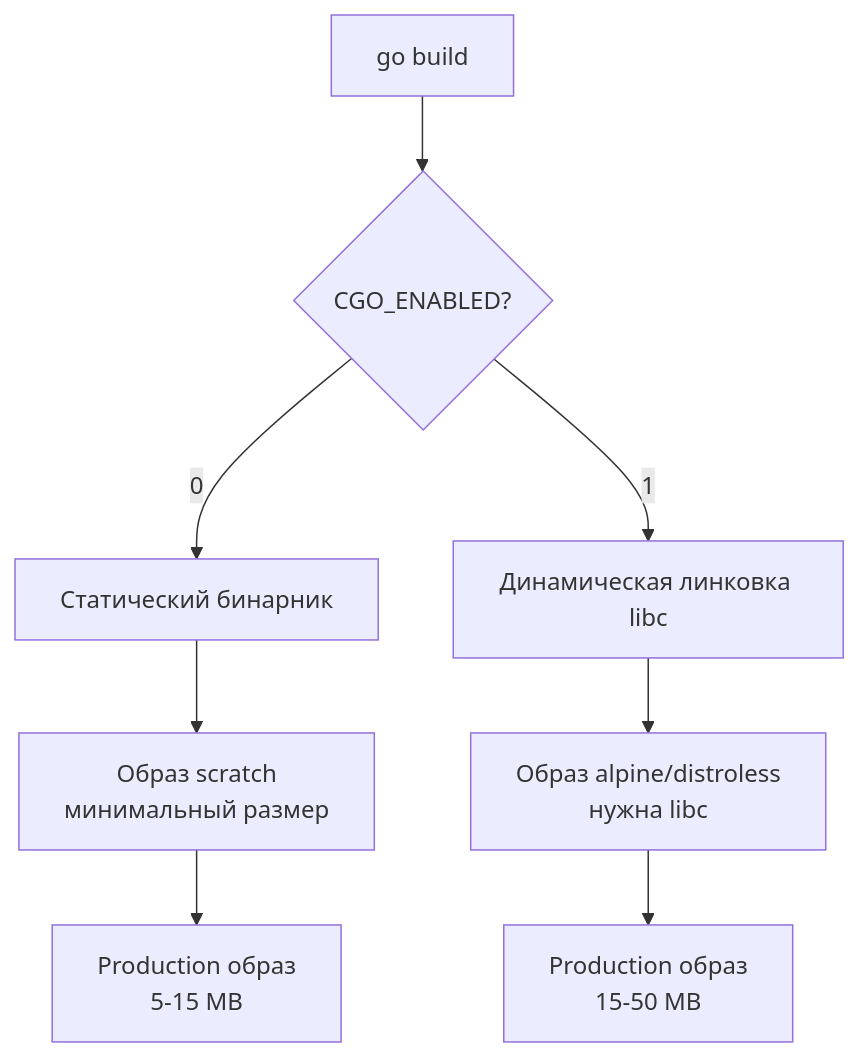
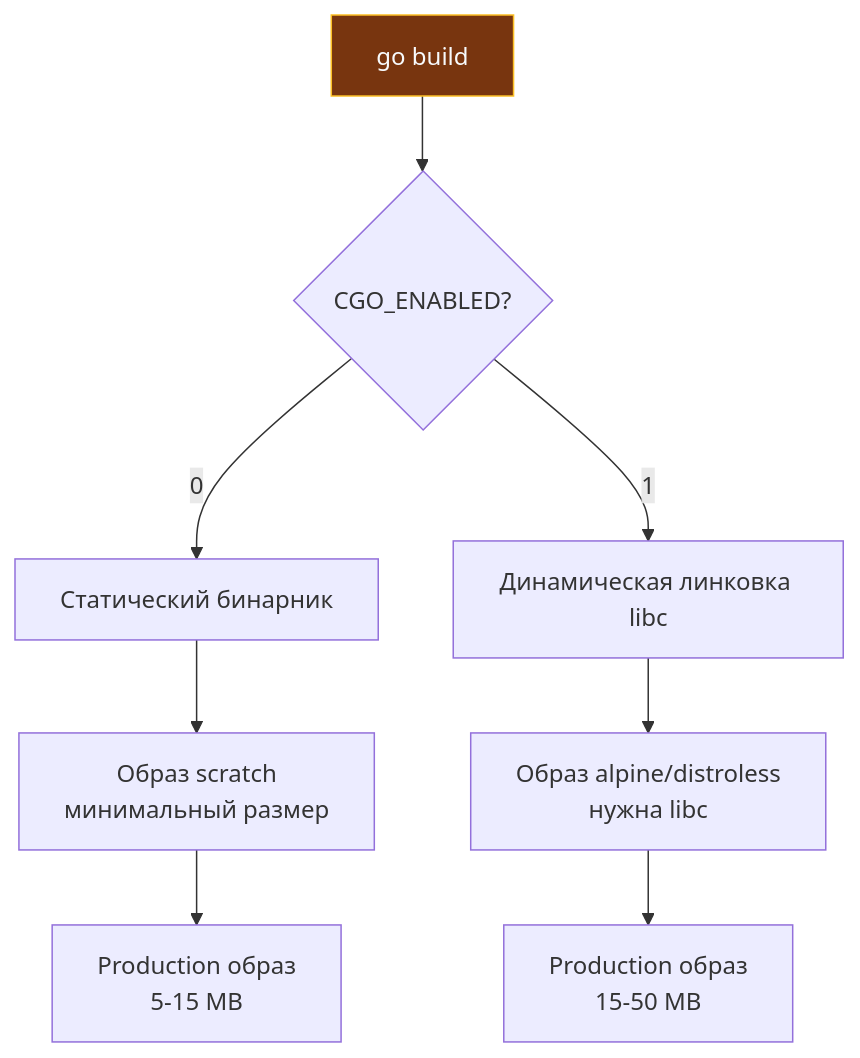
The diagram in sources/9. Бэкенд на Go (Практика разработки)/37. Dockerization сервиса.md (UnrealTemplier/go-textbook), drawn with Mermaid before and after one commit. The commit also changed 1666 other files, not shown here.

First line of the commit message:
feat(mermaid): add semantic color classDef to 1369 colorless flowchart/graph diagrams

````diff
--- a/sources/9. Бэкенд на Go (Практика разработки)/37. Dockerization сервиса.md
+++ b/sources/9. Бэкенд на Go (Практика разработки)/37. Dockerization сервиса.md
@@ -65,10 +65,20 @@
 ```mermaid
 flowchart TD
-    A["go build"] --> B{"CGO_ENABLED?"}
+    classDef process  fill:#1e293b,stroke:#38bdf8,stroke-width:1px,color:#f8fafc
+    classDef success  fill:#064e3b,stroke:#34d399,stroke-width:1px,color:#f8fafc
+    classDef error    fill:#7f1d1d,stroke:#f87171,stroke-width:1px,color:#f8fafc
+    classDef warning  fill:#78350f,stroke:#fbbf24,stroke-width:1px,color:#f8fafc
+    classDef entry    fill:#1e3a5f,stroke:#38bdf8,stroke-width:2px,color:#f8fafc
+    classDef aux      fill:#334155,stroke:#64748b,stroke-width:1px,color:#f8fafc
+    classDef system   fill:#312e81,stroke:#a78bfa,stroke-width:1px,color:#f8fafc
+    classDef data     fill:#132d29,stroke:#2dd4bf,stroke-width:1px,color:#f8fafc
+    classDef network  fill:#881337,stroke:#fb7185,stroke-width:1px,color:#f8fafc
+    classDef accent   fill:#1e1b4b,stroke:#818cf8,stroke-width:1px,color:#f8fafc
+    A["go build"]:::warning --> B{"CGO_ENABLED?"}
     B -->|0| C["Статический бинарник"]
     B -->|1| D["Динамическая линковка libc"]
     C --> E["Образ scratch<br>минимальный размер"]
     D --> F["Образ alpine/distroless<br>нужна libc"]
     E --> G["Production образ<br>5-15 MB"]
     F --> H["Production образ<br>15-50 MB"]
 ```
````
